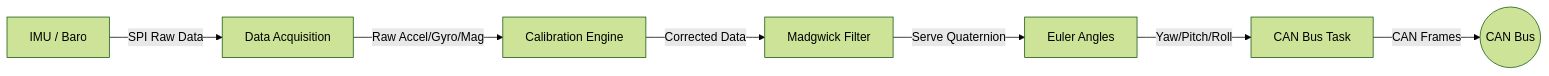
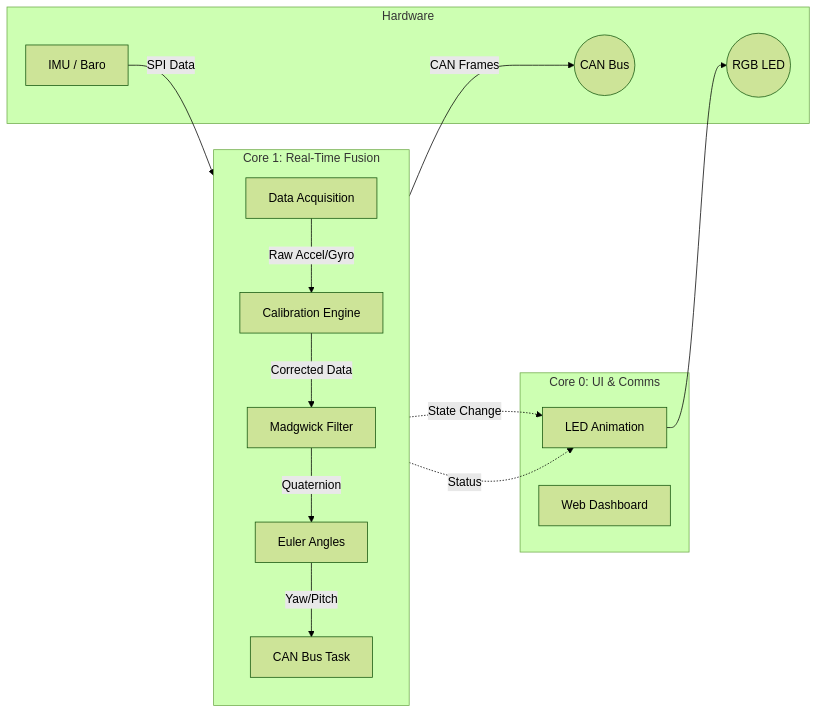
Before and after one commit to zwll0911/GY912_Module: the diagram in docs/ARCHITECTURE.md, drawn with Mermaid (forest theme). The commit also changed other lines of this file and 3 other files, not shown here.

````diff
--- a/docs/ARCHITECTURE.md
+++ b/docs/ARCHITECTURE.md
@@ -27,9 +43,35 @@
 ```mermaid
 flowchart LR
-    Sensors[IMU / Baro] -->|SPI Raw Data| Acquisition[Data Acquisition]
-    Acquisition -->|Raw Accel/Gyro/Mag| Calib[Calibration Engine]
-    Calib -->|Corrected Data| Madgwick[Madgwick Filter]
-    Madgwick -->|Serve Quaternion| Euler[Euler Angles]
-    Euler -->|Yaw/Pitch/Roll| CAN[CAN Bus Task]
-    CAN -->|CAN Frames| Bus((CAN Bus))
+    subgraph Core1 ["Core 1: Real-Time Fusion"]
+        direction TB
+        Acquisition[Data Acquisition]
+        Calib[Calibration Engine]
+        Madgwick[Madgwick Filter]
+        Euler[Euler Angles]
+        CAN_Task[CAN Bus Task]
+    end
+
+    subgraph Core0 ["Core 0: UI & Comms"]
+        LEDs[LED Animation]
+        Dashboard[Web Dashboard]
+    end
+
+    subgraph Hardware
+        Sensors[IMU / Baro]
+        Bus((CAN Bus))
+        RGB_LED((RGB LED))
+    end
+
+    %% Data Flow
+    Sensors -->|SPI Data| Acquisition
+    Acquisition -->|Raw Accel/Gyro| Calib
+    Calib -->|Corrected Data| Madgwick
+    Madgwick -->|Quaternion| Euler
+    Euler -->|Yaw/Pitch| CAN_Task
+    CAN_Task -->|CAN Frames| Bus
+    
+    %% Status Indication
+    Calib -.->|State Change| LEDs
+    Madgwick -.->|Status| LEDs
+    LEDs --> RGB_LED
 ```
````
